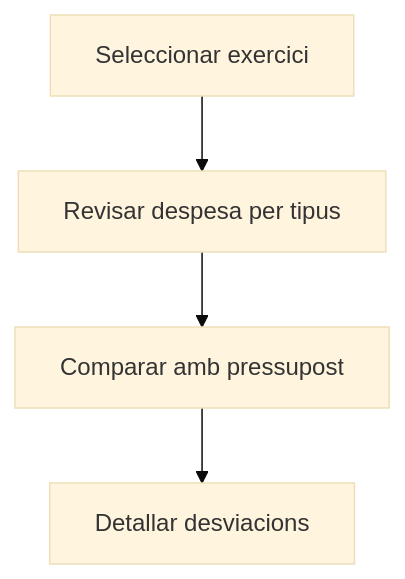
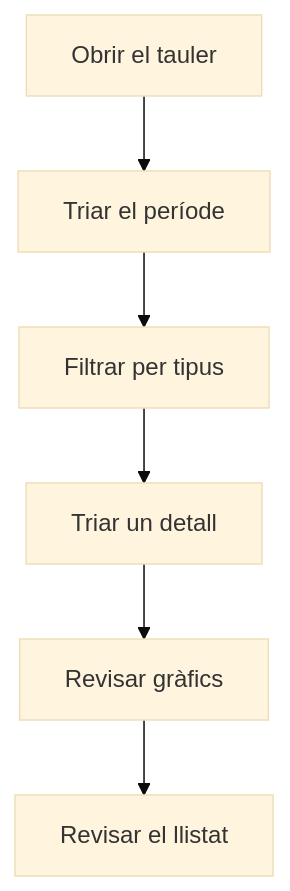
One commit to MGurtD/lilith changed the diagram in frontend/src/help/ca/purchase/expense/dashboard.md. Above: the diagram before and after it, drawn with Mermaid (base theme). The commit also changed other lines of this file and 331 other files, not shown here.

````diff
--- a/frontend/src/help/ca/purchase/expense/dashboard.md
+++ b/frontend/src/help/ca/purchase/expense/dashboard.md
@@ -33,6 +43,8 @@
 ```mermaid
 flowchart TD
-    A[Seleccionar exercici] --> B[Revisar despesa per tipus]
-    B --> C[Comparar amb pressupost]
-    C --> D[Detallar desviacions]
+    A[Obrir el tauler] --> B[Triar el període]
+    B --> C[Filtrar per tipus]
+    C --> D[Triar un detall]
+    D --> E[Revisar gràfics]
+    E --> F[Revisar el llistat]
 ```
````
